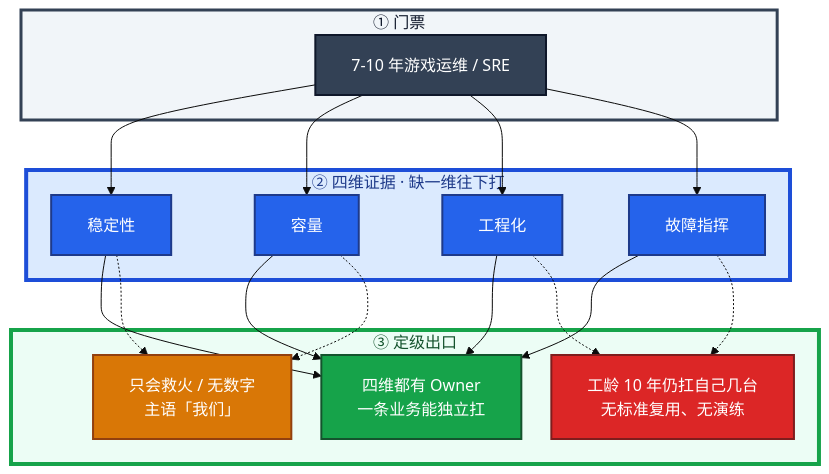
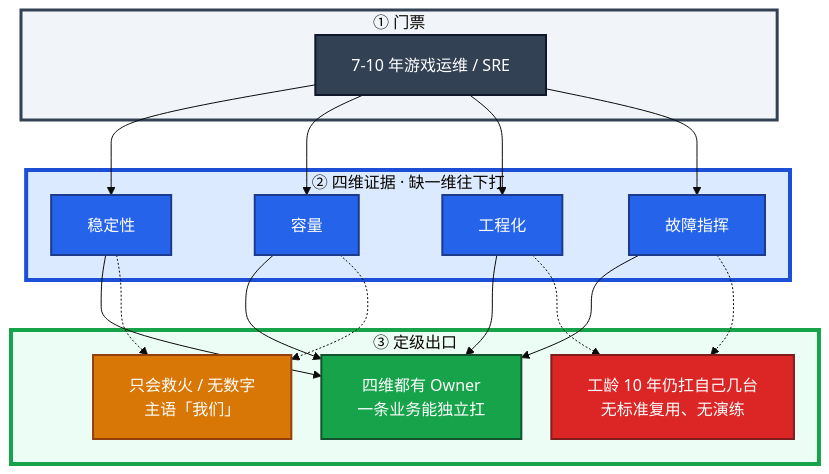
Before and after one commit to ml-cuizijun/LearnToLilith: the second of 5 diagrams in 01-职业发展/01-能力模型/知识点.md, drawn with Mermaid. The commit also changed other lines of this file and 213 other files, not shown here.

````diff
--- a/01-职业发展/01-能力模型/知识点.md
+++ b/01-职业发展/01-能力模型/知识点.md
@@ -80,48 +80,40 @@
 ```mermaid
 %%{init: {"flowchart": {"padding": 18, "nodeSpacing": 30, "rankSpacing": 50}, "theme": "base"}}%%
 flowchart TB
     subgraph ticket ["① 门票"]
         y[7-10 年游戏运维 / SRE]
     end
 
     subgraph dims ["② 四维证据 · 缺一维往下打"]
         s[稳定性]
         c[容量]
         e[工程化]
         i[故障指挥]
     end
 
     subgraph out ["③ 定级出口"]
         hi["四维都有 Owner<br/>一条业务能独立扛"]
         mid["只会救火 / 无数字<br/>主语「我们」"]
         stuck["工龄 10 年仍扛自己几台<br/>无标准复用、无演练"]
     end
 
-    y --> s
-    y --> c
-    y --> e
-    y --> i
-    s --> hi
-    c --> hi
-    e --> hi
-    i --> hi
-    s -.-> mid
-    c -.-> mid
-    e -.-> stuck
-    i -.-> stuck
+    y --> s & c & e & i
+    s & c & e & i --> hi
+    s & c -.-> mid
+    e & i -.-> stuck
 
     classDef ok fill:#16A34A,stroke:#14532D,stroke-width:2px,color:#fff
     classDef warn fill:#D97706,stroke:#92400E,stroke-width:2px,color:#fff
     classDef bad fill:#DC2626,stroke:#7F1D1D,stroke-width:2px,color:#fff
     classDef dim fill:#2563EB,stroke:#1E3A8A,stroke-width:2px,color:#fff
     classDef slate fill:#334155,stroke:#0F172A,stroke-width:2px,color:#fff
     class y slate
     class s,c,e,i dim
     class hi ok
     class mid warn
     class stuck bad
 
-    style ticket fill:#F1F5F9,stroke:#334155,stroke-width:3px,color:#0F172A
-    style dims fill:#DBEAFE,stroke:#1D4ED8,stroke-width:4px,color:#1E3A8A
-    style out fill:#ECFDF5,stroke:#16A34A,stroke-width:4px,color:#14532D
+    style ticket fill:#F1F5F9,stroke:#334155,stroke-width:3px
+    style dims fill:#DBEAFE,stroke:#1D4ED8,stroke-width:4px
+    style out fill:#ECFDF5,stroke:#16A34A,stroke-width:4px
 ```
````
